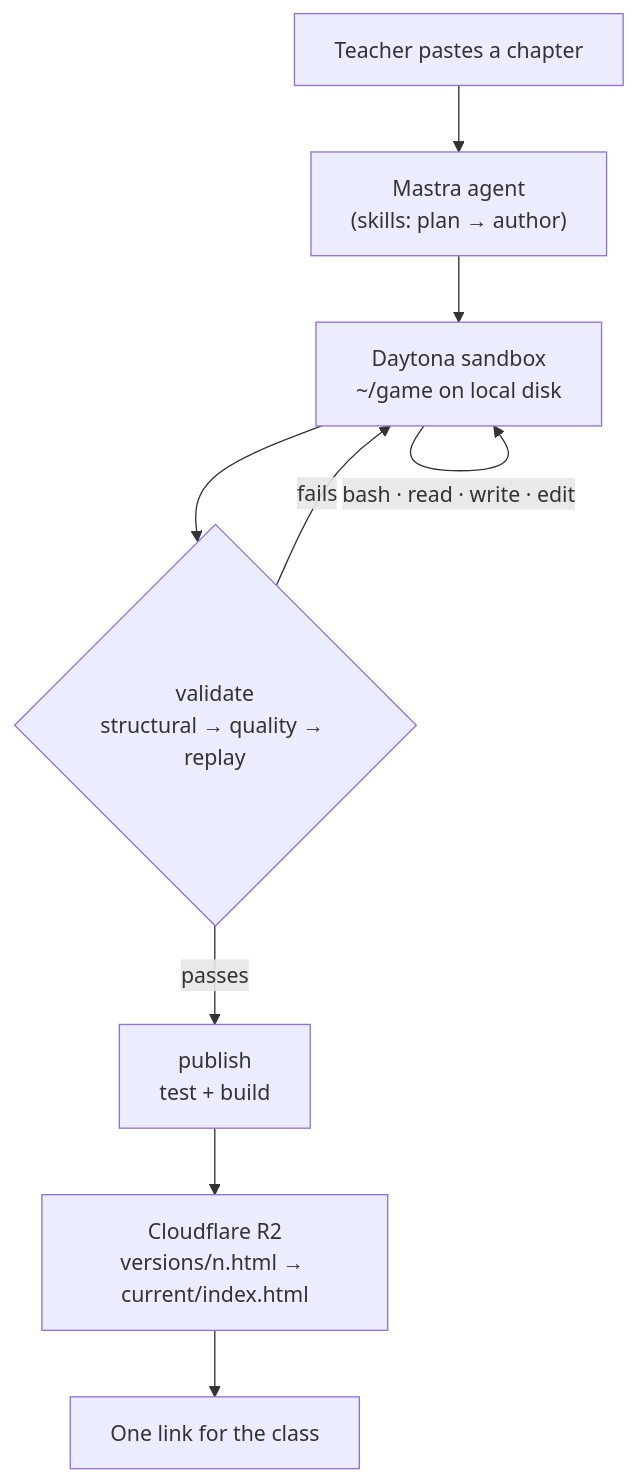
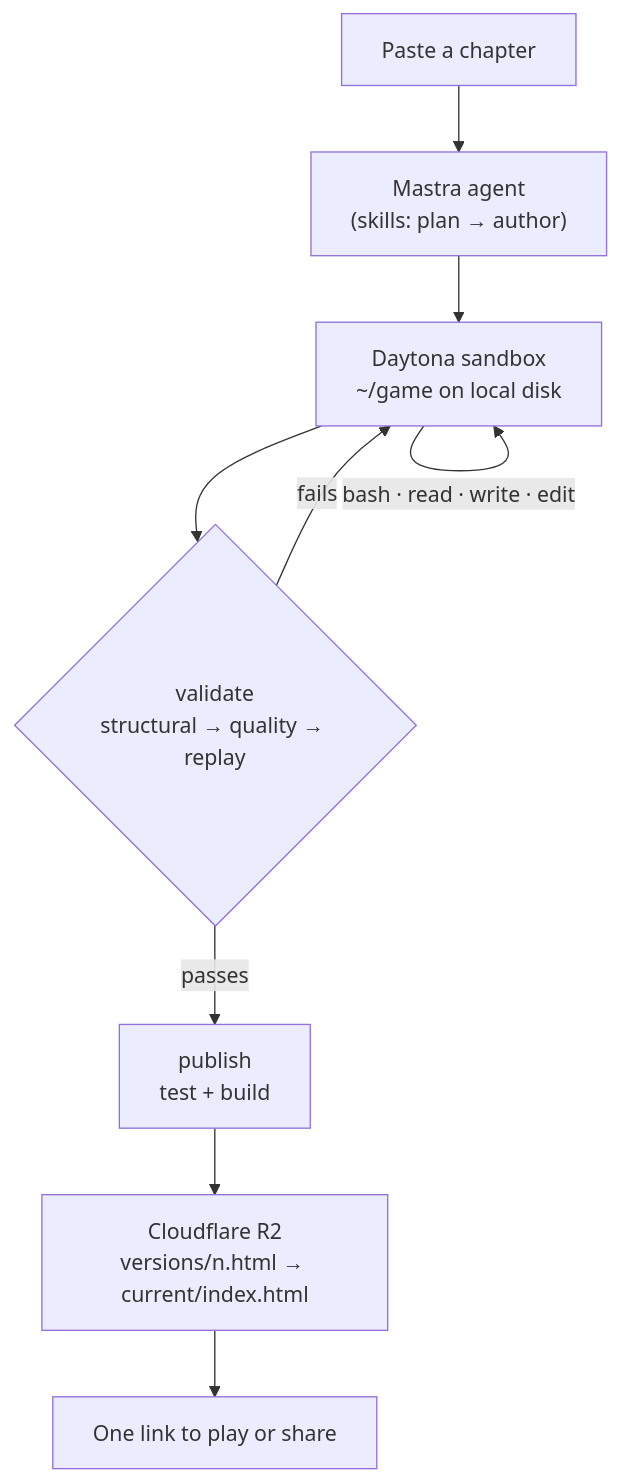
The diagram in README.md (builtbyrishabh/lessonplay), drawn with Mermaid before and after one commit. The commit also changed other lines of this file and 1 other file, not shown here.

````diff
--- a/README.md
+++ b/README.md
@@ -91,11 +97,11 @@
 ```mermaid
 flowchart TD
-    A["Teacher pastes a chapter"] --> B["Mastra agent<br/>(skills: plan → author)"]
+    A["Paste a chapter"] --> B["Mastra agent<br/>(skills: plan → author)"]
     B --> C["Daytona sandbox<br/>~/game on local disk"]
     C -->|bash · read · write · edit| C
     C --> D{"validate<br/>structural → quality → replay"}
     D -->|fails| C
     D -->|passes| E["publish<br/>test + build"]
     E --> F["Cloudflare R2<br/>versions/n.html → current/index.html"]
-    F --> G["One link for the class"]
+    F --> G["One link to play or share"]
 ```
````
